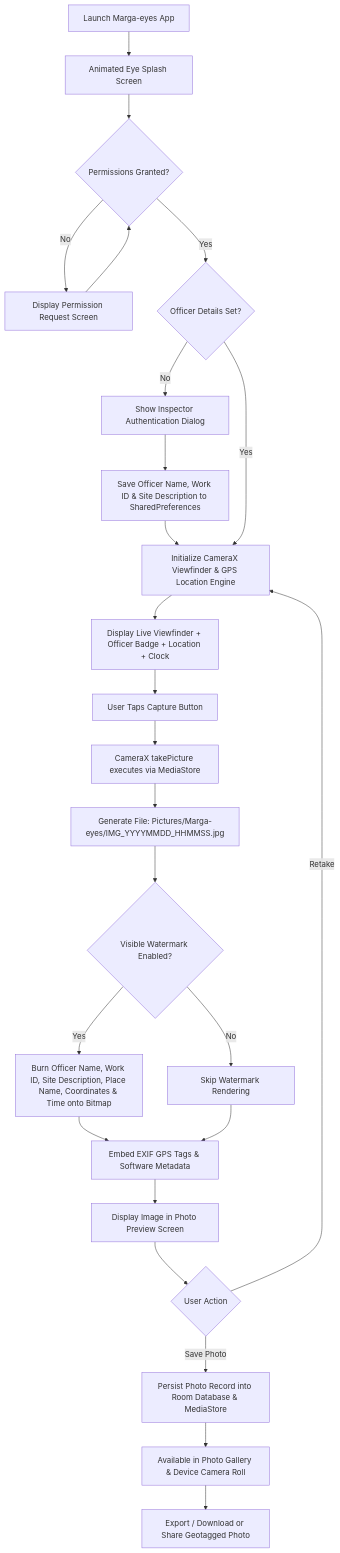
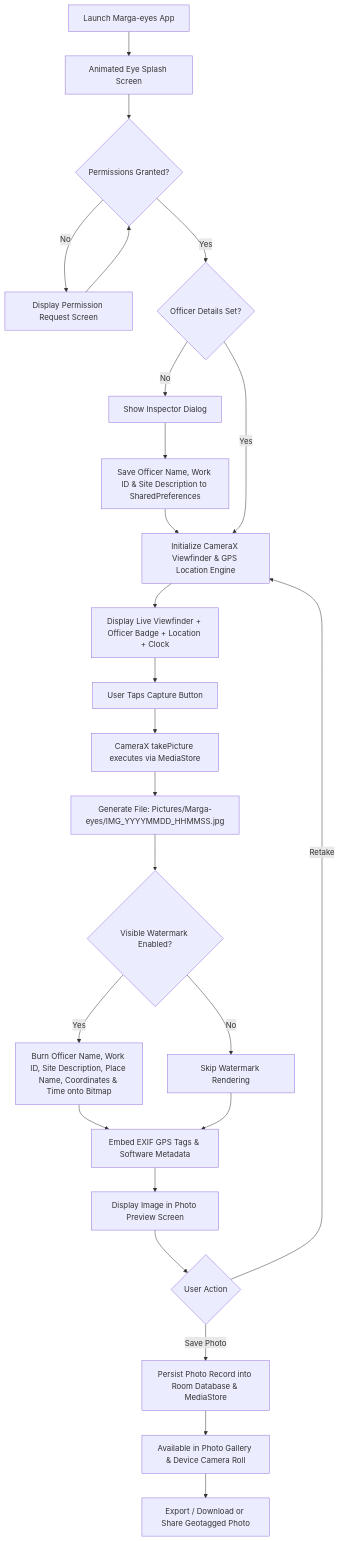
One commit to rahulshirol1017/margaeye- changed the diagram in requirement.md. Above: the diagram before and after it, drawn with Mermaid. The commit also changed other lines of this file, not shown here.

Commit message:
Update requirement.md to document clean camera workflow

````diff
--- a/requirement.md
+++ b/requirement.md
@@ -29,27 +29,27 @@
 ```mermaid
 flowchart TD
     A[Launch Marga-eyes App] --> B[Animated Eye Splash Screen]
     B --> C{Permissions Granted?}
     C -- No --> D[Display Permission Request Screen]
     D --> C
     C -- Yes --> E{Officer Details Set?}
-    E -- No --> F[Show Inspector Authentication Dialog]
+    E -- No --> F[Show Inspector Dialog]
     F --> G[Save Officer Name, Work ID & Site Description to SharedPreferences]
     G --> H[Initialize CameraX Viewfinder & GPS Location Engine]
     E -- Yes --> H
     H --> I[Display Live Viewfinder + Officer Badge + Location + Clock]
     I --> J[User Taps Capture Button]
     J --> K[CameraX takePicture executes via MediaStore]
     K --> L[Generate File: Pictures/Marga-eyes/IMG_YYYYMMDD_HHMMSS.jpg]
     L --> M{Visible Watermark Enabled?}
     M -- Yes --> N[Burn Officer Name, Work ID, Site Description, Place Name, Coordinates & Time onto Bitmap]
     M -- No --> O[Skip Watermark Rendering]
     N --> P[Embed EXIF GPS Tags & Software Metadata]
     O --> P
     P --> Q[Display Image in Photo Preview Screen]
     Q --> R{User Action}
     R -- Retake --> H
     R -- Save Photo --> S[Persist Photo Record into Room Database & MediaStore]
     S --> T[Available in Photo Gallery & Device Camera Roll]
     T --> U[Export / Download or Share Geotagged Photo]
 ```
````
